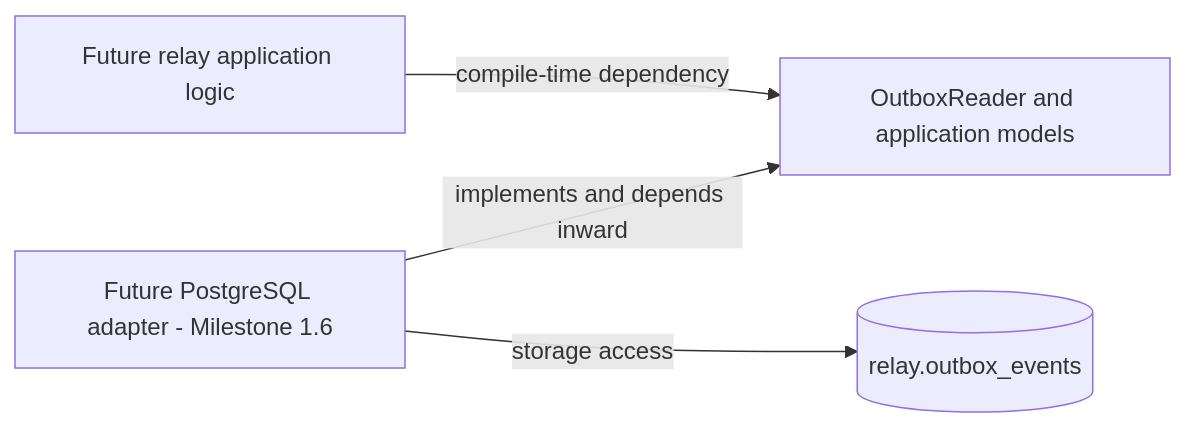
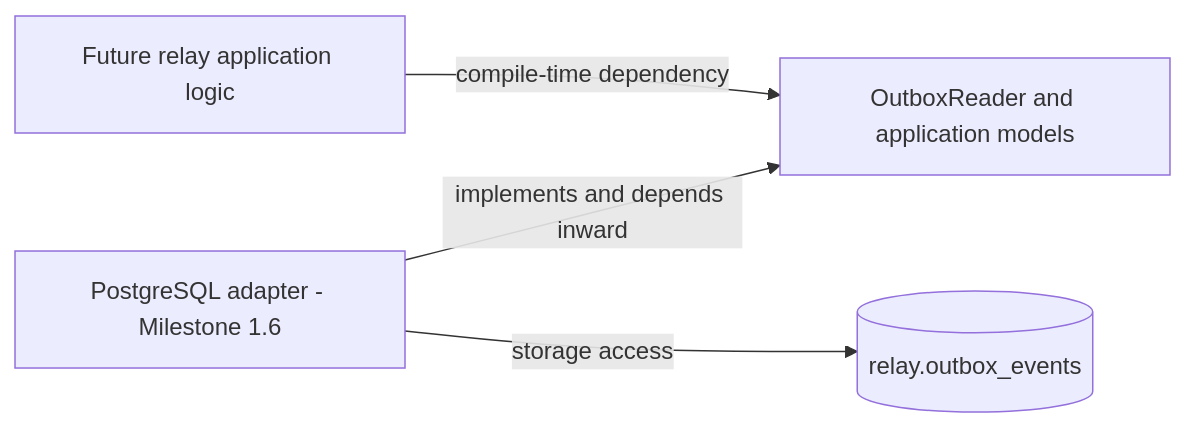
One commit to juniocr26/rust-event-relay changed the first of 2 diagrams in docs/en/persistence-abstraction.md. Above: the diagram before and after it, drawn with Mermaid. The commit also changed other lines of this file and 29 other files, not shown here.

First line of the commit message:
feat: implement PostgreSQL outbox reader

````diff
--- a/docs/en/persistence-abstraction.md
+++ b/docs/en/persistence-abstraction.md
@@ -11,10 +11,10 @@
 ```mermaid
 flowchart LR
     APP[Future relay application logic]
     PORT[OutboxReader and application models]
-    ADAPTER[Future PostgreSQL adapter - Milestone 1.6]
+    ADAPTER[PostgreSQL adapter - Milestone 1.6]
     DB[(relay.outbox_events)]
     APP -->|compile-time dependency| PORT
     ADAPTER -->|implements and depends inward| PORT
     ADAPTER -->|storage access| DB
 ```
````
